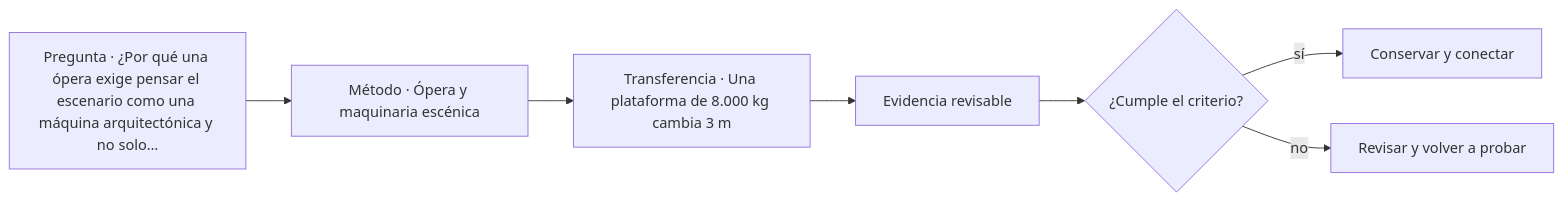
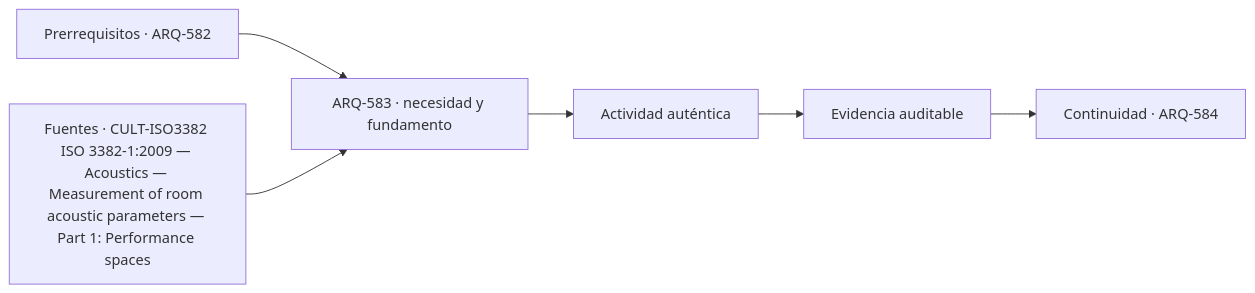
One commit to vladimiracunadev-create/architecture-built-environment-learning-program changed the diagram in classes/parte-59/ARQ-583.md. Above: the diagram before and after it, drawn with Mermaid. The commit also changed other lines of this file and 761 other files, not shown here.

````diff
--- a/classes/parte-59/ARQ-583.md
+++ b/classes/parte-59/ARQ-583.md
@@ -93,9 +105,8 @@
 ```mermaid
 flowchart LR
-    Q["Pregunta · ¿Por qué una ópera exige pensar el escenario como una máquina arquitectónica y no solo…"] --> M["Método · Ópera y maquinaria escénica"]
-    M --> P["Transferencia · Una plataforma de 8.000 kg cambia 3 m"]
-    P --> E["Evidencia revisable"]
-    E --> C{"¿Cumple el criterio?"}
-    C -->|sí| T["Conservar y conectar"]
-    C -->|no| R["Revisar y volver a probar"]
+    A["Prerrequisitos · ARQ-582"] --> B["ARQ-583 · necesidad y fundamento"]
+    S["Fuentes · CULT-ISO3382 ISO 3382-1:2009 — Acoustics — Measurement of room acoustic parameters — Part 1: Performance spaces"] --> B
+    B --> C["Actividad auténtica"]
+    C --> D["Evidencia auditable"]
+    D --> E["Continuidad · ARQ-584"]
 ```
````
